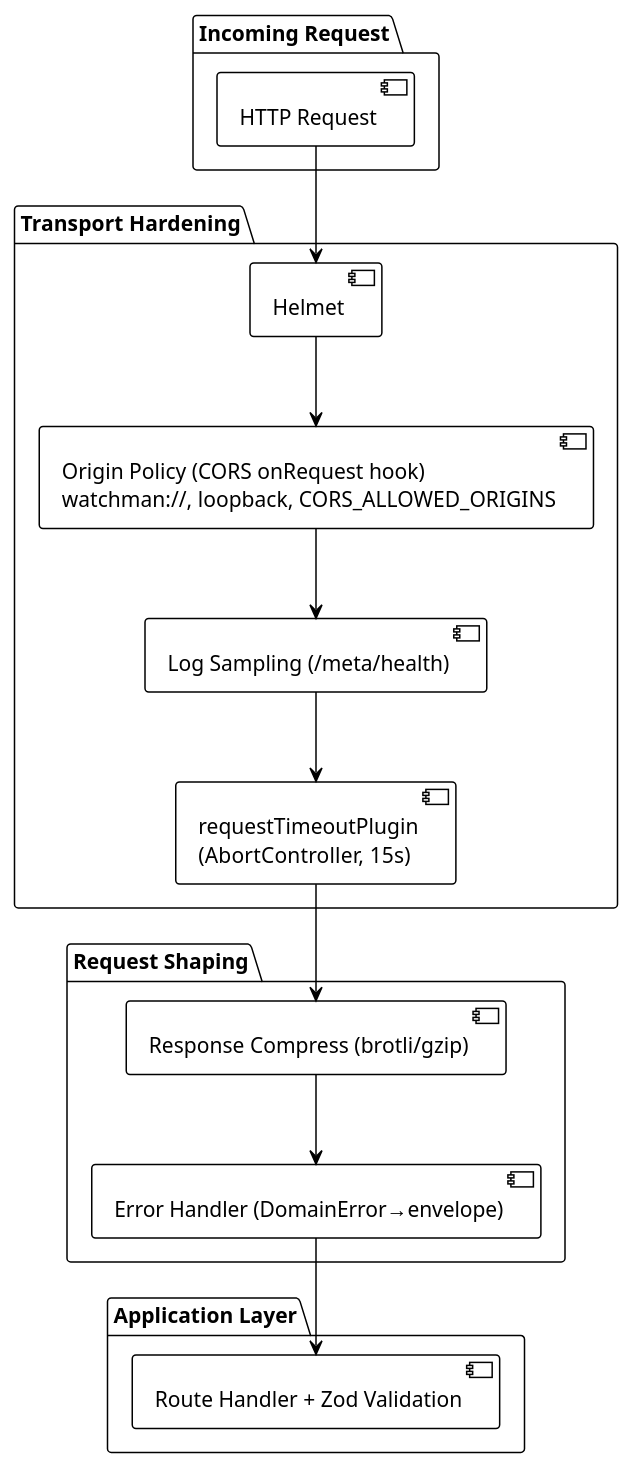
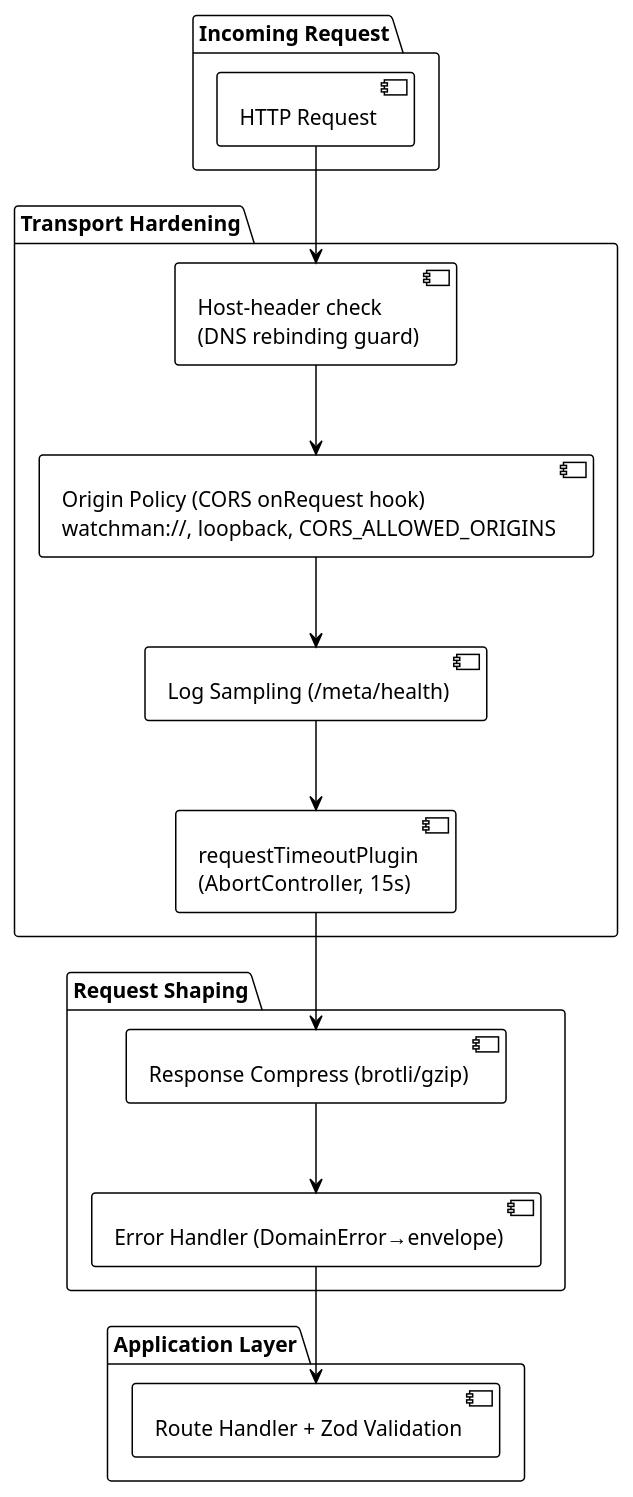
Before and after one commit to EraPartner/Watchman: the diagram in docs/security/index.md, drawn with PlantUML. The commit also changed other lines of this file and 32 other files, not shown here.

````diff
--- a/docs/security/index.md
+++ b/docs/security/index.md
@@ -100,33 +102,33 @@
 ```plantuml
 @startuml
 !theme plain
 
 package "Incoming Request" as Request {
     [HTTP Request] as Req
 }
 
 package "Transport Hardening" {
-    [Helmet] as H1
+    [Host-header check\n(DNS rebinding guard)] as H1
     [Origin Policy (CORS onRequest hook)\nwatchman://, loopback, CORS_ALLOWED_ORIGINS] as C1
     [Log Sampling (/meta/health)] as Log
     [requestTimeoutPlugin\n(AbortController, 15s)] as Timeout
 }
 
 package "Request Shaping" {
     [Response Compress (brotli/gzip)] as Compress
     [Error Handler (DomainError→envelope)] as Err
 }
 
 package "Application Layer" {
     [Route Handler + Zod Validation] as Valid
 }
 
 Req --> H1
 H1 --> C1
 C1 --> Log
 Log --> Timeout
 Timeout --> Compress
 Compress --> Err
 Err --> Valid
 @enduml
 ```
````
